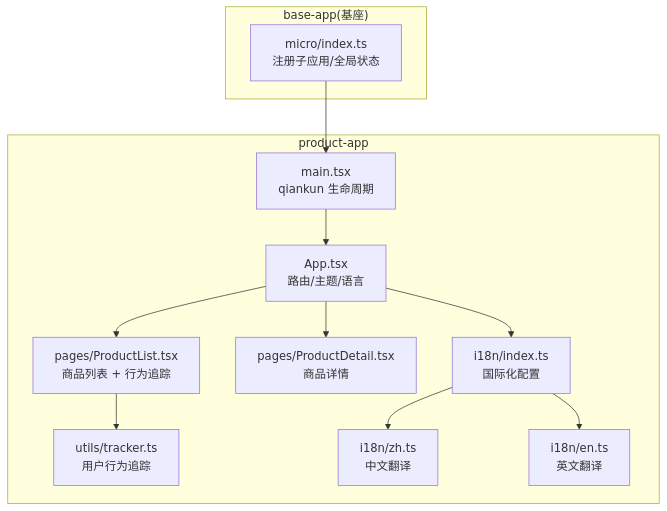
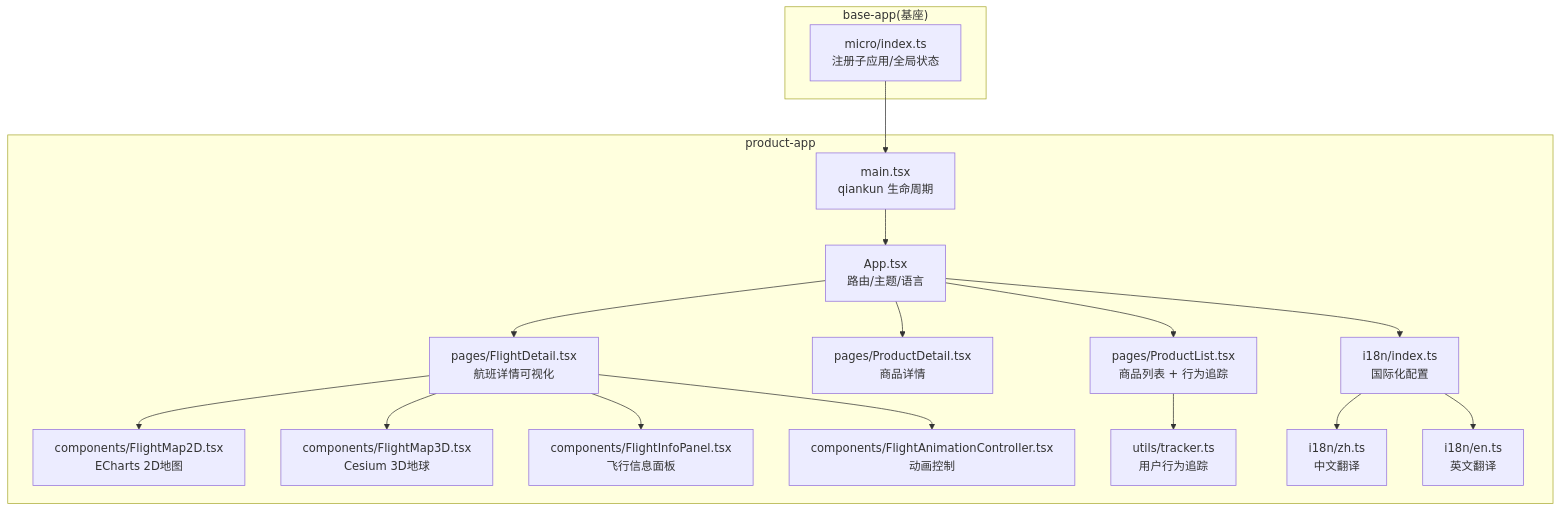
Before and after one commit to haohailiang/qoder-fullstack: the first of 10 diagrams in .qoder/repowiki/zh/content/前端架构设计/商品子应用(product-app)/商品子应用(product-app).md, drawn with Mermaid. The commit also changed other lines of this file and 45 other files, not shown here.

````diff
--- a/.qoder/repowiki/zh/content/前端架构设计/商品子应用(product-app)/商品子应用(product-app).md
+++ b/.qoder/repowiki/zh/content/前端架构设计/商品子应用(product-app)/商品子应用(product-app).md
@@ -67,16 +78,21 @@
 ```mermaid
 graph TB
 subgraph "product-app"
 M["main.tsx<br/>qiankun 生命周期"] --> A["App.tsx<br/>路由/主题/语言"]
 A --> L["pages/ProductList.tsx<br/>商品列表 + 行为追踪"]
 A --> D["pages/ProductDetail.tsx<br/>商品详情"]
+A --> F["pages/FlightDetail.tsx<br/>航班详情可视化"]
+F --> M2D["components/FlightMap2D.tsx<br/>ECharts 2D地图"]
+F --> M3D["components/FlightMap3D.tsx<br/>Cesium 3D地球"]
+F --> IP["components/FlightInfoPanel.tsx<br/>飞行信息面板"]
+F --> AC["components/FlightAnimationController.tsx<br/>动画控制"]
 L --> T["utils/tracker.ts<br/>用户行为追踪"]
 A --> I18N["i18n/index.ts<br/>国际化配置"]
 I18N --> ZH["i18n/zh.ts<br/>中文翻译"]
 I18N --> EN["i18n/en.ts<br/>英文翻译"]
 end
 subgraph "base-app(基座)"
 B["micro/index.ts<br/>注册子应用/全局状态"]
 end
 B --> M
 ```
````
